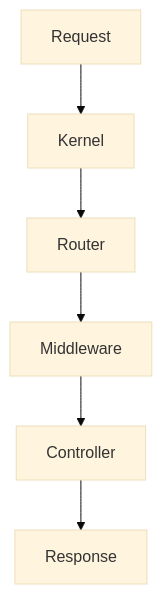
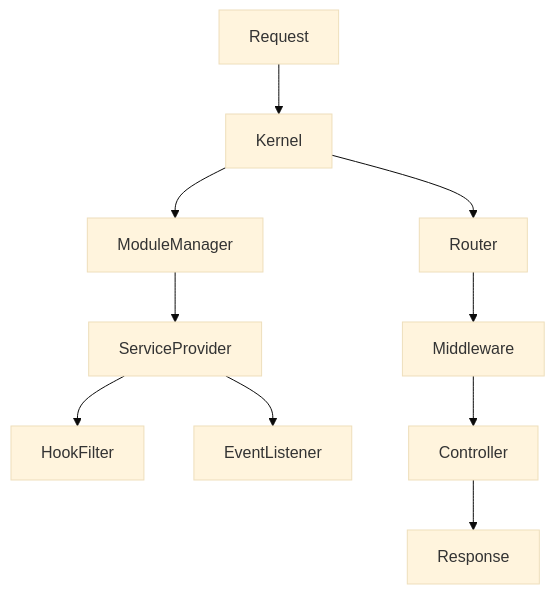
The diagram in README.md (saldisucipto/solve-cms), drawn with Mermaid (base theme) before and after one commit. The commit also changed other lines of this file and 40 other files, not shown here.

First line of the commit message:
feat: Implement modular CMS architecture with user and post management

````diff
--- a/README.md
+++ b/README.md
@@ -44,8 +48,12 @@
 ```mermaid
 graph TD
     Request --> Kernel
+    Kernel --> ModuleManager
+    ModuleManager --> ServiceProvider
+    ServiceProvider --> HookFilter
+    ServiceProvider --> EventListener
     Kernel --> Router
     Router --> Middleware
     Middleware --> Controller
     Controller --> Response
 ```
````
